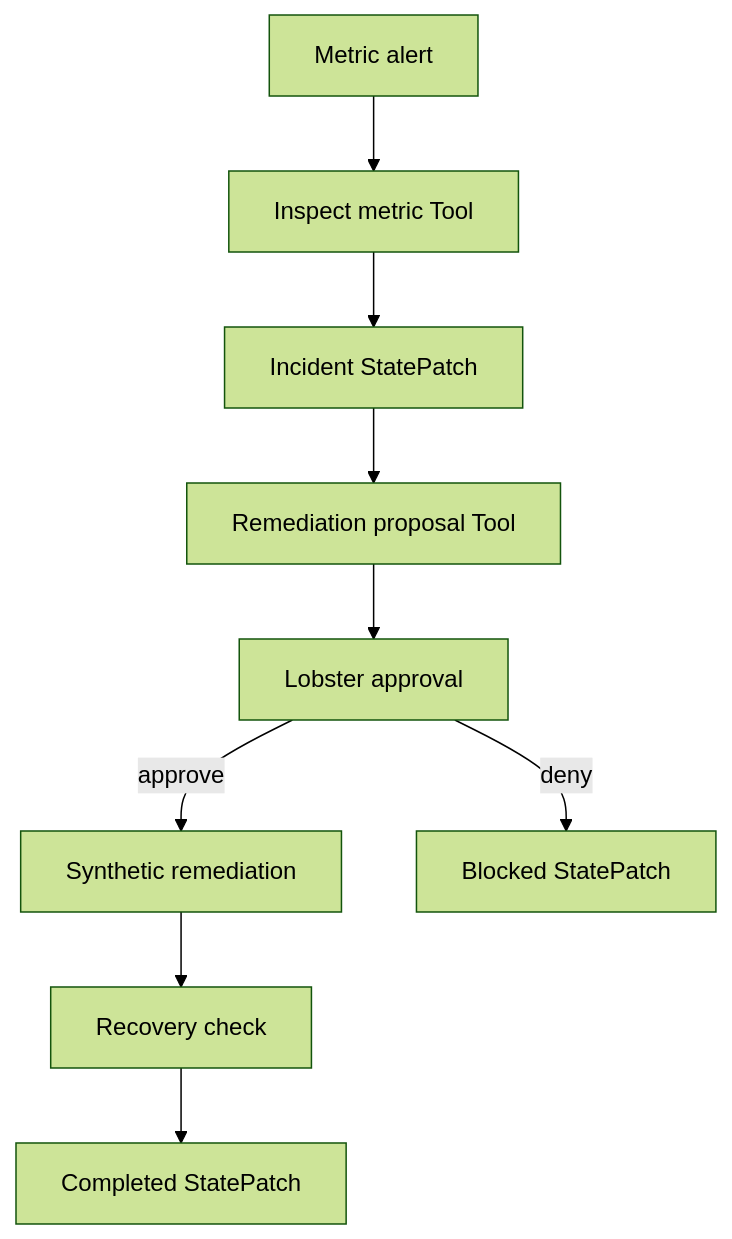
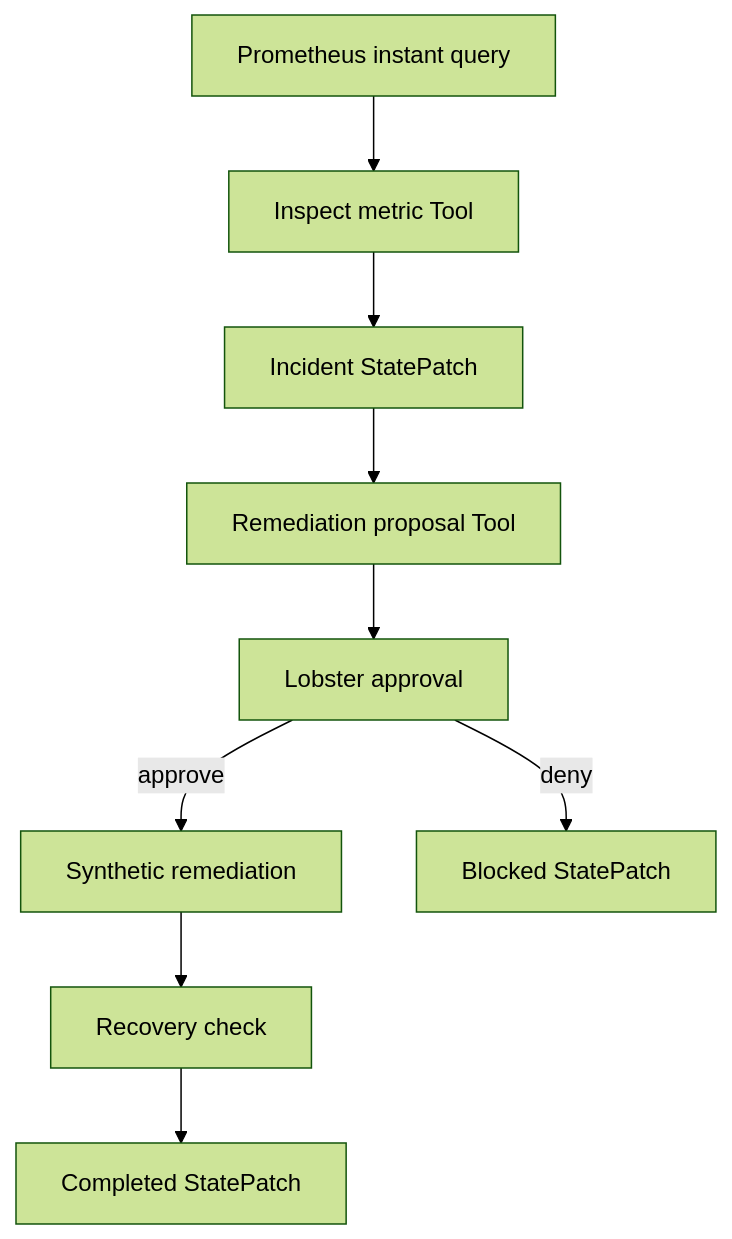
One commit to YingzuoLiu/openclaw-dataops-guardian changed the diagram in docs/vertical-slice.md. Above: the diagram before and after it, drawn with Mermaid (forest theme). The commit also changed other lines of this file and 14 other files, not shown here.

Commit message:
feat: add Prometheus metric adapter

````diff
--- a/docs/vertical-slice.md
+++ b/docs/vertical-slice.md
@@ -10,11 +11,11 @@
 ```mermaid
 flowchart TD
-  A[Metric alert] --> B[Inspect metric Tool]
+  A[Prometheus instant query] --> B[Inspect metric Tool]
   B --> C[Incident StatePatch]
   C --> D[Remediation proposal Tool]
   D --> E[Lobster approval]
   E -->|approve| F[Synthetic remediation]
   F --> G[Recovery check]
   G --> H[Completed StatePatch]
   E -->|deny| I[Blocked StatePatch]
 ```
````
